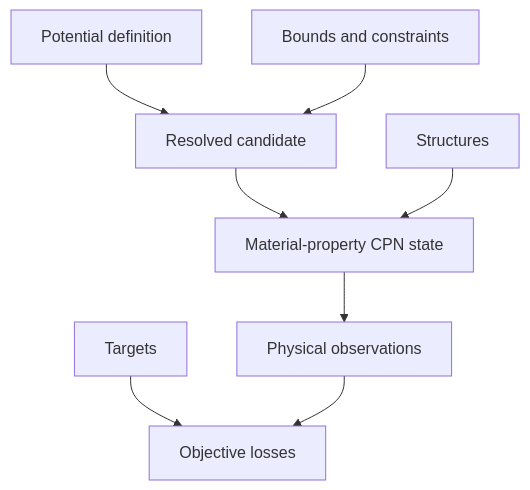
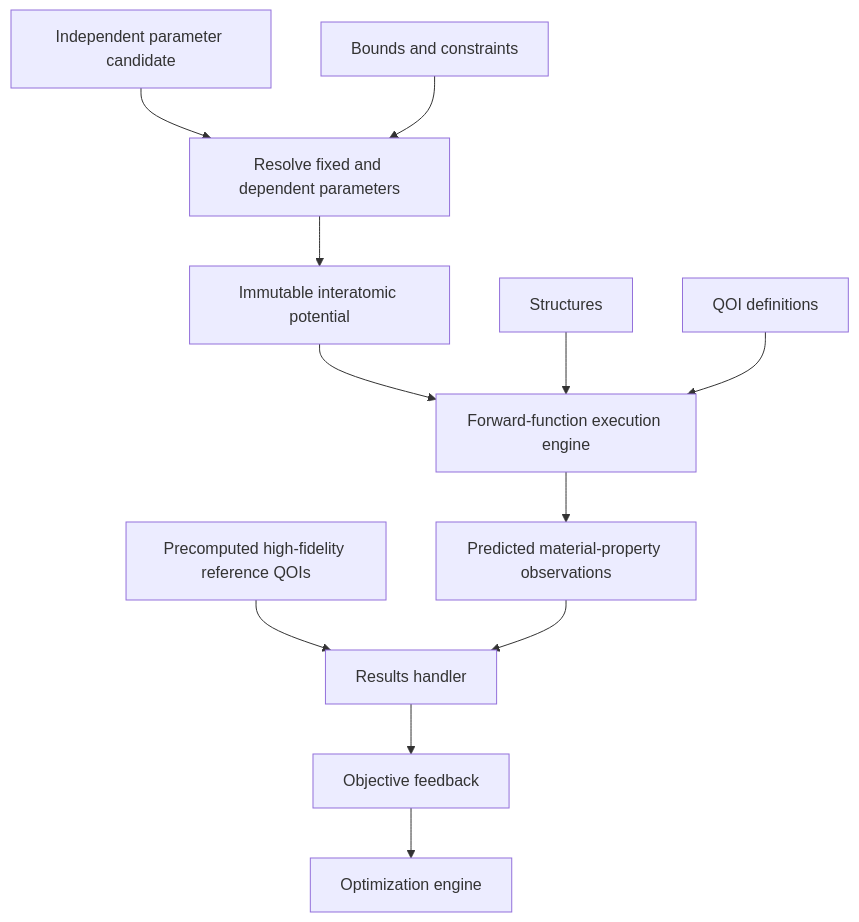
Before and after one commit to eragasa/projectkoios-frankenstein: the diagram in docs/architecture/potential-optimization/architecture/index.md, drawn with Mermaid. The commit also changed other lines of this file and 385 other files, not shown here.

````diff
--- a/docs/architecture/potential-optimization/architecture/index.md
+++ b/docs/architecture/potential-optimization/architecture/index.md
@@ -8,10 +8,14 @@
 ```mermaid
 flowchart TD
-    D[Potential definition] --> C[Resolved candidate]
-    B[Bounds and constraints] --> C
-    C --> W[Material-property CPN state]
-    S[Structures] --> W
-    W --> Q[Physical observations]
-    G[Targets] --> L[Objective losses]
-    Q --> L
+    I[Independent parameter candidate] --> R[Resolve fixed and dependent parameters]
+    B[Bounds and constraints] --> R
+    R --> P[Immutable interatomic potential]
+    P --> F[Forward-function execution engine]
+    S[Structures] --> F
+    Q[QOI definitions] --> F
+    F --> O[Predicted material-property observations]
+    T[Precomputed high-fidelity reference QOIs] --> H[Results handler]
+    O --> H
+    H --> L[Objective feedback]
+    L --> E[Optimization engine]
 ```
````
